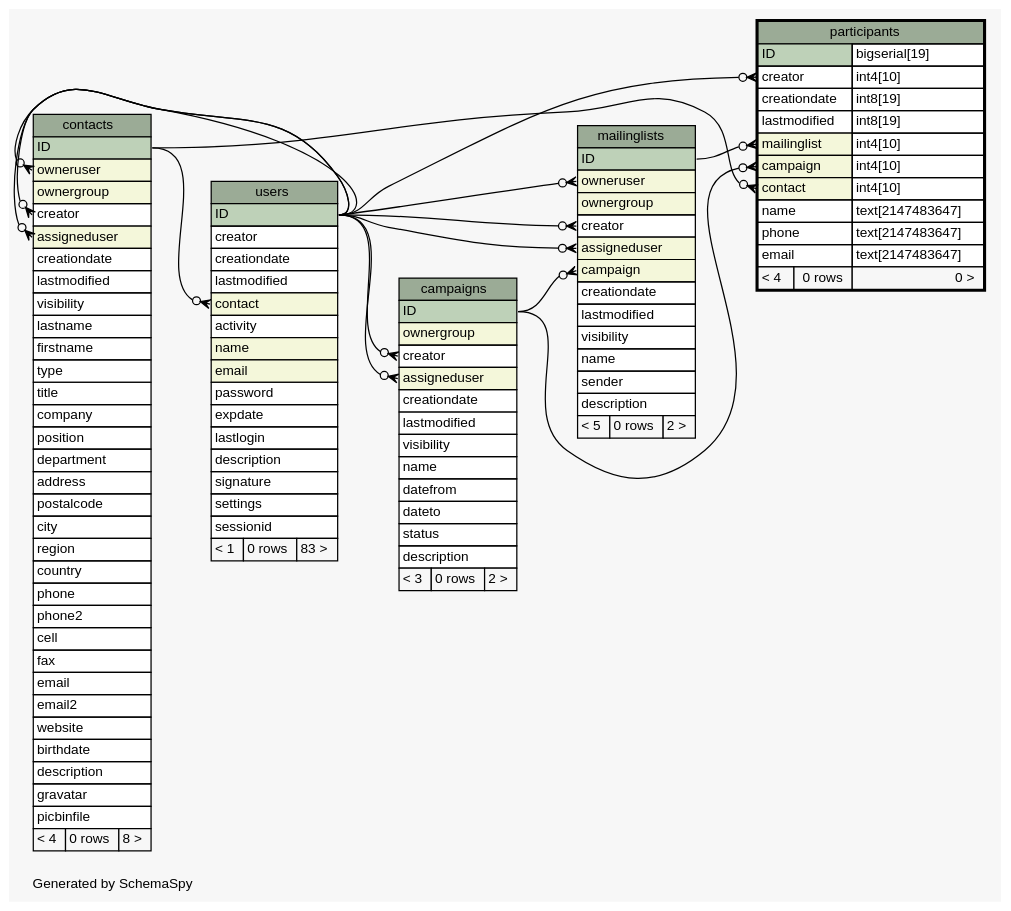
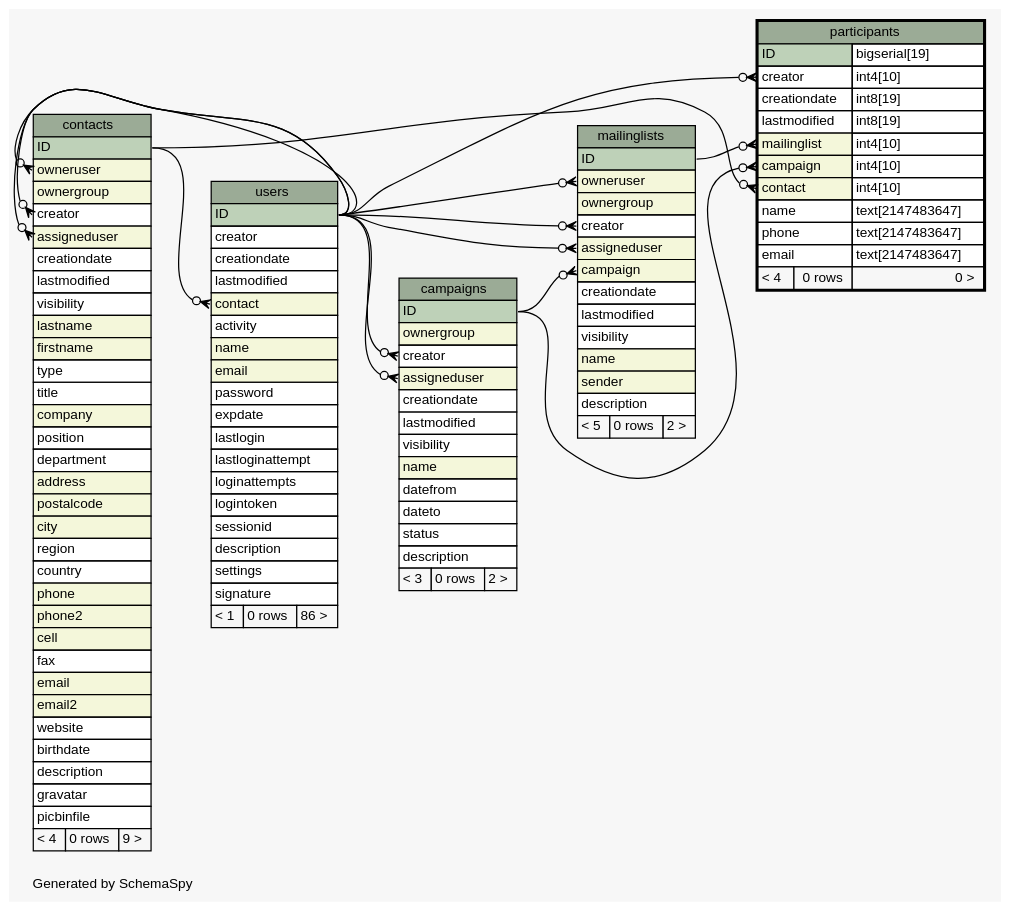
The diagram in diagrams/participants.1degree.dot (zeyosinc/zeyos-schema), drawn with Graphviz before and after one commit. The commit also changed 314 other files, not shown here.

```diff
--- a/diagrams/participants.1degree.dot
+++ b/diagrams/participants.1degree.dot
@@ -1,161 +1,164 @@
-// dot 2.38.0 on Windows 8.1 6.3
+// dot 2.38.0 on Mac OS X 10.11.2
 // SchemaSpy rev 590
 digraph "oneDegreeRelationshipsDiagram" {
   graph [
     rankdir="RL"
     bgcolor="#f7f7f7"
     label="\nGenerated by SchemaSpy"
     labeljust="l"
     nodesep="0.18"
     ranksep="0.46"
     fontname="Helvetica"
     fontsize="11"
   ];
   node [
     fontname="Helvetica"
     fontsize="11"
     shape="plaintext"
   ];
   edge [
     arrowsize="0.8"
   ];
   "campaigns":"assigneduser":w -> "users":"ID":e [arrowhead=none dir=back arrowtail=crowodot];
   "campaigns":"creator":w -> "users":"ID":e [arrowhead=none dir=back arrowtail=crowodot];
   "contacts":"assigneduser":w -> "users":"ID":e [arrowhead=none dir=back arrowtail=crowodot];
   "contacts":"creator":w -> "users":"ID":e [arrowhead=none dir=back arrowtail=crowodot];
   "contacts":"owneruser":w -> "users":"ID":e [arrowhead=none dir=back arrowtail=crowodot];
   "mailinglists":"assigneduser":w -> "users":"ID":e [arrowhead=none dir=back arrowtail=crowodot];
   "mailinglists":"campaign":w -> "campaigns":"ID":e [arrowhead=none dir=back arrowtail=crowodot];
   "mailinglists":"creator":w -> "users":"ID":e [arrowhead=none dir=back arrowtail=crowodot];
   "mailinglists":"owneruser":w -> "users":"ID":e [arrowhead=none dir=back arrowtail=crowodot];
   "participants":"campaign":w -> "campaigns":"ID":e [arrowhead=none dir=back arrowtail=crowodot];
   "participants":"contact":w -> "contacts":"ID":e [arrowhead=none dir=back arrowtail=crowodot];
   "participants":"creator":w -> "users":"ID":e [arrowhead=none dir=back arrowtail=crowodot];
   "participants":"mailinglist":w -> "mailinglists":"ID":e [arrowhead=none dir=back arrowtail=crowodot];
   "users":"contact":w -> "contacts":"ID":e [arrowhead=none dir=back arrowtail=crowodot];
   "campaigns" [
     label=<
     <TABLE BORDER="0" CELLBORDER="1" CELLSPACING="0" BGCOLOR="#ffffff">
       <TR><TD COLSPAN="3" BGCOLOR="#9bab96" ALIGN="CENTER">campaigns</TD></TR>
       <TR><TD PORT="ID" COLSPAN="3" BGCOLOR="#bed1b8" ALIGN="LEFT">ID</TD></TR>
       <TR><TD PORT="ownergroup" COLSPAN="3" BGCOLOR="#f4f7da" ALIGN="LEFT">ownergroup</TD></TR>
       <TR><TD PORT="creator" COLSPAN="3" ALIGN="LEFT">creator</TD></TR>
       <TR><TD PORT="assigneduser" COLSPAN="3" BGCOLOR="#f4f7da" ALIGN="LEFT">assigneduser</TD></TR>
       <TR><TD PORT="creationdate" COLSPAN="3" ALIGN="LEFT">creationdate</TD></TR>
       <TR><TD PORT="lastmodified" COLSPAN="3" ALIGN="LEFT">lastmodified</TD></TR>
       <TR><TD PORT="visibility" COLSPAN="3" ALIGN="LEFT">visibility</TD></TR>
-      <TR><TD PORT="name" COLSPAN="3" ALIGN="LEFT">name</TD></TR>
+      <TR><TD PORT="name" COLSPAN="3" BGCOLOR="#f4f7da" ALIGN="LEFT">name</TD></TR>
       <TR><TD PORT="datefrom" COLSPAN="3" ALIGN="LEFT">datefrom</TD></TR>
       <TR><TD PORT="dateto" COLSPAN="3" ALIGN="LEFT">dateto</TD></TR>
       <TR><TD PORT="status" COLSPAN="3" ALIGN="LEFT">status</TD></TR>
       <TR><TD PORT="description" COLSPAN="3" ALIGN="LEFT">description</TD></TR>
       <TR><TD ALIGN="LEFT" BGCOLOR="#f7f7f7">&lt; 3</TD><TD ALIGN="RIGHT" BGCOLOR="#f7f7f7">0 rows</TD><TD ALIGN="RIGHT" BGCOLOR="#f7f7f7">2 &gt;</TD></TR>
     </TABLE>>
     URL="campaigns.html"
     tooltip="campaigns"
   ];
   "contacts" [
     label=<
     <TABLE BORDER="0" CELLBORDER="1" CELLSPACING="0" BGCOLOR="#ffffff">
       <TR><TD COLSPAN="3" BGCOLOR="#9bab96" ALIGN="CENTER">contacts</TD></TR>
       <TR><TD PORT="ID" COLSPAN="3" BGCOLOR="#bed1b8" ALIGN="LEFT">ID</TD></TR>
       <TR><TD PORT="owneruser" COLSPAN="3" BGCOLOR="#f4f7da" ALIGN="LEFT">owneruser</TD></TR>
       <TR><TD PORT="ownergroup" COLSPAN="3" BGCOLOR="#f4f7da" ALIGN="LEFT">ownergroup</TD></TR>
       <TR><TD PORT="creator" COLSPAN="3" ALIGN="LEFT">creator</TD></TR>
       <TR><TD PORT="assigneduser" COLSPAN="3" BGCOLOR="#f4f7da" ALIGN="LEFT">assigneduser</TD></TR>
       <TR><TD PORT="creationdate" COLSPAN="3" ALIGN="LEFT">creationdate</TD></TR>
       <TR><TD PORT="lastmodified" COLSPAN="3" ALIGN="LEFT">lastmodified</TD></TR>
       <TR><TD PORT="visibility" COLSPAN="3" ALIGN="LEFT">visibility</TD></TR>
-      <TR><TD PORT="lastname" COLSPAN="3" ALIGN="LEFT">lastname</TD></TR>
-      <TR><TD PORT="firstname" COLSPAN="3" ALIGN="LEFT">firstname</TD></TR>
+      <TR><TD PORT="lastname" COLSPAN="3" BGCOLOR="#f4f7da" ALIGN="LEFT">lastname</TD></TR>
+      <TR><TD PORT="firstname" COLSPAN="3" BGCOLOR="#f4f7da" ALIGN="LEFT">firstname</TD></TR>
       <TR><TD PORT="type" COLSPAN="3" ALIGN="LEFT">type</TD></TR>
       <TR><TD PORT="title" COLSPAN="3" ALIGN="LEFT">title</TD></TR>
-      <TR><TD PORT="company" COLSPAN="3" ALIGN="LEFT">company</TD></TR>
+      <TR><TD PORT="company" COLSPAN="3" BGCOLOR="#f4f7da" ALIGN="LEFT">company</TD></TR>
       <TR><TD PORT="position" COLSPAN="3" ALIGN="LEFT">position</TD></TR>
       <TR><TD PORT="department" COLSPAN="3" ALIGN="LEFT">department</TD></TR>
-      <TR><TD PORT="address" COLSPAN="3" ALIGN="LEFT">address</TD></TR>
-      <TR><TD PORT="postalcode" COLSPAN="3" ALIGN="LEFT">postalcode</TD></TR>
-      <TR><TD PORT="city" COLSPAN="3" ALIGN="LEFT">city</TD></TR>
+      <TR><TD PORT="address" COLSPAN="3" BGCOLOR="#f4f7da" ALIGN="LEFT">address</TD></TR>
+      <TR><TD PORT="postalcode" COLSPAN="3" BGCOLOR="#f4f7da" ALIGN="LEFT">postalcode</TD></TR>
+      <TR><TD PORT="city" COLSPAN="3" BGCOLOR="#f4f7da" ALIGN="LEFT">city</TD></TR>
       <TR><TD PORT="region" COLSPAN="3" ALIGN="LEFT">region</TD></TR>
       <TR><TD PORT="country" COLSPAN="3" ALIGN="LEFT">country</TD></TR>
-      <TR><TD PORT="phone" COLSPAN="3" ALIGN="LEFT">phone</TD></TR>
-      <TR><TD PORT="phone2" COLSPAN="3" ALIGN="LEFT">phone2</TD></TR>
-      <TR><TD PORT="cell" COLSPAN="3" ALIGN="LEFT">cell</TD></TR>
+      <TR><TD PORT="phone" COLSPAN="3" BGCOLOR="#f4f7da" ALIGN="LEFT">phone</TD></TR>
+      <TR><TD PORT="phone2" COLSPAN="3" BGCOLOR="#f4f7da" ALIGN="LEFT">phone2</TD></TR>
+      <TR><TD PORT="cell" COLSPAN="3" BGCOLOR="#f4f7da" ALIGN="LEFT">cell</TD></TR>
       <TR><TD PORT="fax" COLSPAN="3" ALIGN="LEFT">fax</TD></TR>
-      <TR><TD PORT="email" COLSPAN="3" ALIGN="LEFT">email</TD></TR>
-      <TR><TD PORT="email2" COLSPAN="3" ALIGN="LEFT">email2</TD></TR>
+      <TR><TD PORT="email" COLSPAN="3" BGCOLOR="#f4f7da" ALIGN="LEFT">email</TD></TR>
+      <TR><TD PORT="email2" COLSPAN="3" BGCOLOR="#f4f7da" ALIGN="LEFT">email2</TD></TR>
       <TR><TD PORT="website" COLSPAN="3" ALIGN="LEFT">website</TD></TR>
       <TR><TD PORT="birthdate" COLSPAN="3" ALIGN="LEFT">birthdate</TD></TR>
       <TR><TD PORT="description" COLSPAN="3" ALIGN="LEFT">description</TD></TR>
       <TR><TD PORT="gravatar" COLSPAN="3" ALIGN="LEFT">gravatar</TD></TR>
       <TR><TD PORT="picbinfile" COLSPAN="3" ALIGN="LEFT">picbinfile</TD></TR>
-      <TR><TD ALIGN="LEFT" BGCOLOR="#f7f7f7">&lt; 4</TD><TD ALIGN="RIGHT" BGCOLOR="#f7f7f7">0 rows</TD><TD ALIGN="RIGHT" BGCOLOR="#f7f7f7">8 &gt;</TD></TR>
+      <TR><TD ALIGN="LEFT" BGCOLOR="#f7f7f7">&lt; 4</TD><TD ALIGN="RIGHT" BGCOLOR="#f7f7f7">0 rows</TD><TD ALIGN="RIGHT" BGCOLOR="#f7f7f7">9 &gt;</TD></TR>
     </TABLE>>
     URL="contacts.html"
     tooltip="contacts"
   ];
   "mailinglists" [
     label=<
     <TABLE BORDER="0" CELLBORDER="1" CELLSPACING="0" BGCOLOR="#ffffff">
       <TR><TD COLSPAN="3" BGCOLOR="#9bab96" ALIGN="CENTER">mailinglists</TD></TR>
       <TR><TD PORT="ID" COLSPAN="3" BGCOLOR="#bed1b8" ALIGN="LEFT">ID</TD></TR>
       <TR><TD PORT="owneruser" COLSPAN="3" BGCOLOR="#f4f7da" ALIGN="LEFT">owneruser</TD></TR>
       <TR><TD PORT="ownergroup" COLSPAN="3" BGCOLOR="#f4f7da" ALIGN="LEFT">ownergroup</TD></TR>
       <TR><TD PORT="creator" COLSPAN="3" ALIGN="LEFT">creator</TD></TR>
       <TR><TD PORT="assigneduser" COLSPAN="3" BGCOLOR="#f4f7da" ALIGN="LEFT">assigneduser</TD></TR>
       <TR><TD PORT="campaign" COLSPAN="3" BGCOLOR="#f4f7da" ALIGN="LEFT">campaign</TD></TR>
       <TR><TD PORT="creationdate" COLSPAN="3" ALIGN="LEFT">creationdate</TD></TR>
       <TR><TD PORT="lastmodified" COLSPAN="3" ALIGN="LEFT">lastmodified</TD></TR>
       <TR><TD PORT="visibility" COLSPAN="3" ALIGN="LEFT">visibility</TD></TR>
-      <TR><TD PORT="name" COLSPAN="3" ALIGN="LEFT">name</TD></TR>
-      <TR><TD PORT="sender" COLSPAN="3" ALIGN="LEFT">sender</TD></TR>
+      <TR><TD PORT="name" COLSPAN="3" BGCOLOR="#f4f7da" ALIGN="LEFT">name</TD></TR>
+      <TR><TD PORT="sender" COLSPAN="3" BGCOLOR="#f4f7da" ALIGN="LEFT">sender</TD></TR>
       <TR><TD PORT="description" COLSPAN="3" ALIGN="LEFT">description</TD></TR>
       <TR><TD ALIGN="LEFT" BGCOLOR="#f7f7f7">&lt; 5</TD><TD ALIGN="RIGHT" BGCOLOR="#f7f7f7">0 rows</TD><TD ALIGN="RIGHT" BGCOLOR="#f7f7f7">2 &gt;</TD></TR>
     </TABLE>>
     URL="mailinglists.html"
     tooltip="mailinglists"
   ];
   "participants" [
     label=<
     <TABLE BORDER="2" CELLBORDER="1" CELLSPACING="0" BGCOLOR="#ffffff">
       <TR><TD COLSPAN="3" BGCOLOR="#9bab96" ALIGN="CENTER">participants</TD></TR>
       <TR><TD PORT="ID" COLSPAN="2" BGCOLOR="#bed1b8" ALIGN="LEFT">ID</TD><TD PORT="ID.type" ALIGN="LEFT">bigserial[19]</TD></TR>
       <TR><TD PORT="creator" COLSPAN="2" ALIGN="LEFT">creator</TD><TD PORT="creator.type" ALIGN="LEFT">int4[10]</TD></TR>
       <TR><TD PORT="creationdate" COLSPAN="2" ALIGN="LEFT">creationdate</TD><TD PORT="creationdate.type" ALIGN="LEFT">int8[19]</TD></TR>
       <TR><TD PORT="lastmodified" COLSPAN="2" ALIGN="LEFT">lastmodified</TD><TD PORT="lastmodified.type" ALIGN="LEFT">int8[19]</TD></TR>
       <TR><TD PORT="mailinglist" COLSPAN="2" BGCOLOR="#f4f7da" ALIGN="LEFT">mailinglist</TD><TD PORT="mailinglist.type" ALIGN="LEFT">int4[10]</TD></TR>
       <TR><TD PORT="campaign" COLSPAN="2" BGCOLOR="#f4f7da" ALIGN="LEFT">campaign</TD><TD PORT="campaign.type" ALIGN="LEFT">int4[10]</TD></TR>
       <TR><TD PORT="contact" COLSPAN="2" BGCOLOR="#f4f7da" ALIGN="LEFT">contact</TD><TD PORT="contact.type" ALIGN="LEFT">int4[10]</TD></TR>
       <TR><TD PORT="name" COLSPAN="2" ALIGN="LEFT">name</TD><TD PORT="name.type" ALIGN="LEFT">text[2147483647]</TD></TR>
       <TR><TD PORT="phone" COLSPAN="2" ALIGN="LEFT">phone</TD><TD PORT="phone.type" ALIGN="LEFT">text[2147483647]</TD></TR>
       <TR><TD PORT="email" COLSPAN="2" ALIGN="LEFT">email</TD><TD PORT="email.type" ALIGN="LEFT">text[2147483647]</TD></TR>
       <TR><TD ALIGN="LEFT" BGCOLOR="#f7f7f7">&lt; 4</TD><TD ALIGN="RIGHT" BGCOLOR="#f7f7f7">0 rows</TD><TD ALIGN="RIGHT" BGCOLOR="#f7f7f7">0 &gt;</TD></TR>
     </TABLE>>
     URL="participants.html"
     tooltip="participants"
   ];
   "users" [
     label=<
     <TABLE BORDER="0" CELLBORDER="1" CELLSPACING="0" BGCOLOR="#ffffff">
       <TR><TD COLSPAN="3" BGCOLOR="#9bab96" ALIGN="CENTER">users</TD></TR>
       <TR><TD PORT="ID" COLSPAN="3" BGCOLOR="#bed1b8" ALIGN="LEFT">ID</TD></TR>
       <TR><TD PORT="creator" COLSPAN="3" ALIGN="LEFT">creator</TD></TR>
       <TR><TD PORT="creationdate" COLSPAN="3" ALIGN="LEFT">creationdate</TD></TR>
       <TR><TD PORT="lastmodified" COLSPAN="3" ALIGN="LEFT">lastmodified</TD></TR>
       <TR><TD PORT="contact" COLSPAN="3" BGCOLOR="#f4f7da" ALIGN="LEFT">contact</TD></TR>
       <TR><TD PORT="activity" COLSPAN="3" ALIGN="LEFT">activity</TD></TR>
       <TR><TD PORT="name" COLSPAN="3" BGCOLOR="#f4f7da" ALIGN="LEFT">name</TD></TR>
       <TR><TD PORT="email" COLSPAN="3" BGCOLOR="#f4f7da" ALIGN="LEFT">email</TD></TR>
       <TR><TD PORT="password" COLSPAN="3" ALIGN="LEFT">password</TD></TR>
       <TR><TD PORT="expdate" COLSPAN="3" ALIGN="LEFT">expdate</TD></TR>
       <TR><TD PORT="lastlogin" COLSPAN="3" ALIGN="LEFT">lastlogin</TD></TR>
+      <TR><TD PORT="lastloginattempt" COLSPAN="3" ALIGN="LEFT">lastloginattempt</TD></TR>
+      <TR><TD PORT="loginattempts" COLSPAN="3" ALIGN="LEFT">loginattempts</TD></TR>
+      <TR><TD PORT="logintoken" COLSPAN="3" ALIGN="LEFT">logintoken</TD></TR>
+      <TR><TD PORT="sessionid" COLSPAN="3" ALIGN="LEFT">sessionid</TD></TR>
       <TR><TD PORT="description" COLSPAN="3" ALIGN="LEFT">description</TD></TR>
+      <TR><TD PORT="settings" COLSPAN="3" ALIGN="LEFT">settings</TD></TR>
       <TR><TD PORT="signature" COLSPAN="3" ALIGN="LEFT">signature</TD></TR>
-      <TR><TD PORT="settings" COLSPAN="3" ALIGN="LEFT">settings</TD></TR>
-      <TR><TD PORT="sessionid" COLSPAN="3" ALIGN="LEFT">sessionid</TD></TR>
-      <TR><TD ALIGN="LEFT" BGCOLOR="#f7f7f7">&lt; 1</TD><TD ALIGN="RIGHT" BGCOLOR="#f7f7f7">0 rows</TD><TD ALIGN="RIGHT" BGCOLOR="#f7f7f7">83 &gt;</TD></TR>
+      <TR><TD ALIGN="LEFT" BGCOLOR="#f7f7f7">&lt; 1</TD><TD ALIGN="RIGHT" BGCOLOR="#f7f7f7">0 rows</TD><TD ALIGN="RIGHT" BGCOLOR="#f7f7f7">86 &gt;</TD></TR>
     </TABLE>>
     URL="users.html"
     tooltip="users"
   ];
 }
```
